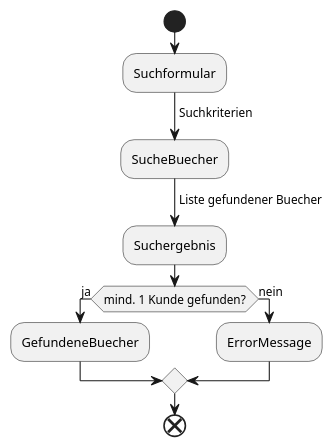
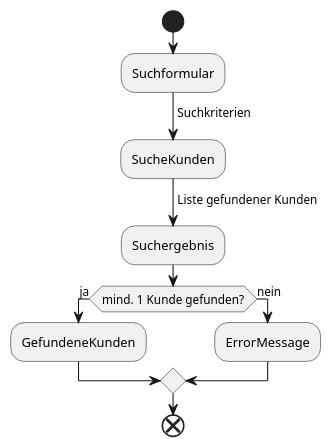
Before and after one commit to DSchwemmle/kundeweb: the diagram in extras/doc/datenfluss.SucheBuecher.activity.plantuml, drawn with PlantUML. The commit also changed 324 other files, not shown here.

```diff
--- a/extras/doc/datenfluss.SucheBuecher.activity.plantuml
+++ b/extras/doc/datenfluss.SucheBuecher.activity.plantuml
@@ -20,19 +20,19 @@
 @startuml Datenfluss
 
 start
 
 :Suchformular;
 -> Suchkriterien;
-:SucheBuecher;
--> Liste gefundener Buecher;
+:SucheKunden;
+-> Liste gefundener Kunden;
 :Suchergebnis;
 
 if (mind. 1 Kunde gefunden?) then (ja)
-  :GefundeneBuecher;
+  :GefundeneKunden;
 else (nein)
   :ErrorMessage;
 endif
 
 end
 
 @enduml
```
